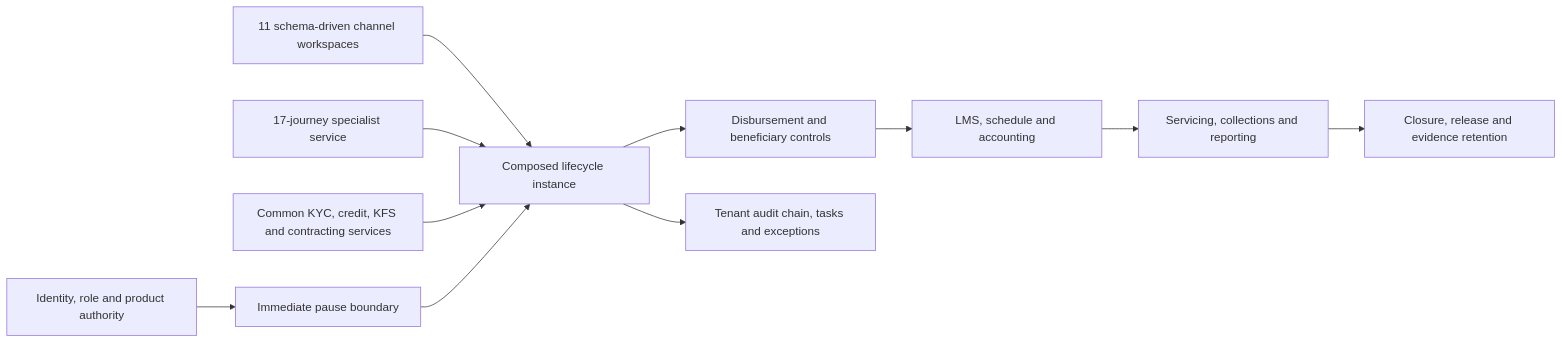
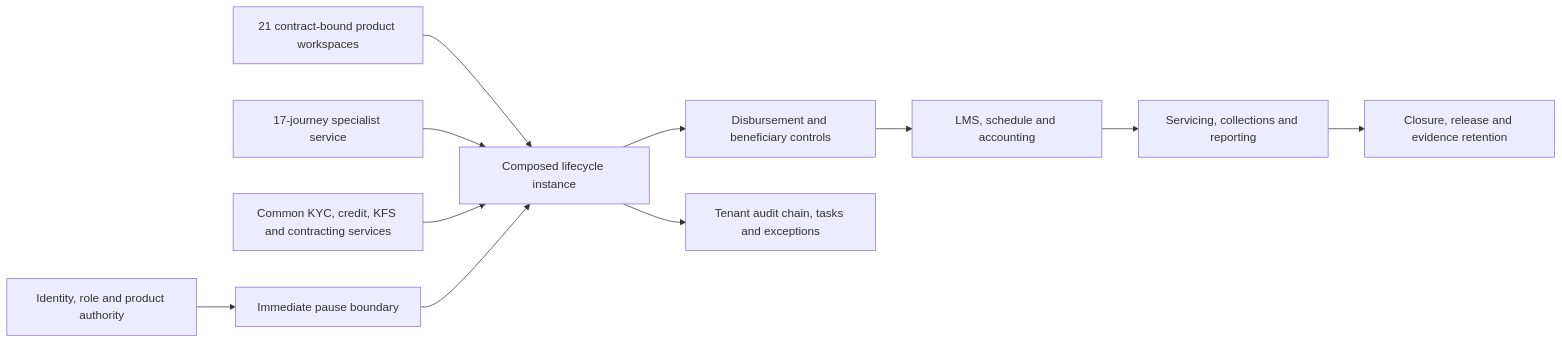
The first of 2 diagrams in docs/architecture/composed-product-journey-lifecycle.md (nranjan2code/LoanOS), drawn with Mermaid before and after one commit. The commit also changed 57 other files, not shown here.

````diff
--- a/docs/architecture/composed-product-journey-lifecycle.md
+++ b/docs/architecture/composed-product-journey-lifecycle.md
@@ -22,13 +22,13 @@
 ```mermaid
 flowchart LR
-  W["11 schema-driven channel workspaces"] --> J["Composed lifecycle instance"]
+  W["21 contract-bound product workspaces"] --> J["Composed lifecycle instance"]
   S["17-journey specialist service"] --> J
   C["Common KYC, credit, KFS and contracting services"] --> J
   J --> D["Disbursement and beneficiary controls"]
   D --> L["LMS, schedule and accounting"]
   L --> O["Servicing, collections and reporting"]
   O --> X["Closure, release and evidence retention"]
   I["Identity, role and product authority"] --> P["Immediate pause boundary"]
   P --> J
   J --> A["Tenant audit chain, tasks and exceptions"]
 ```
````
